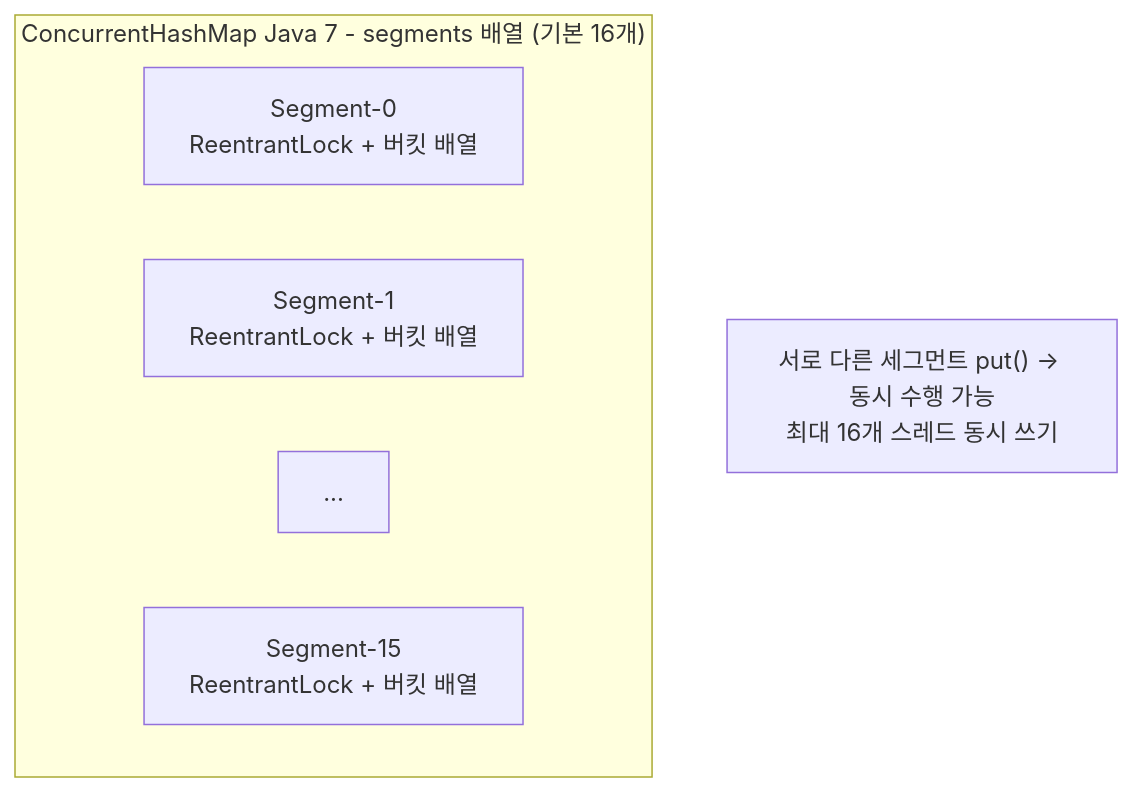
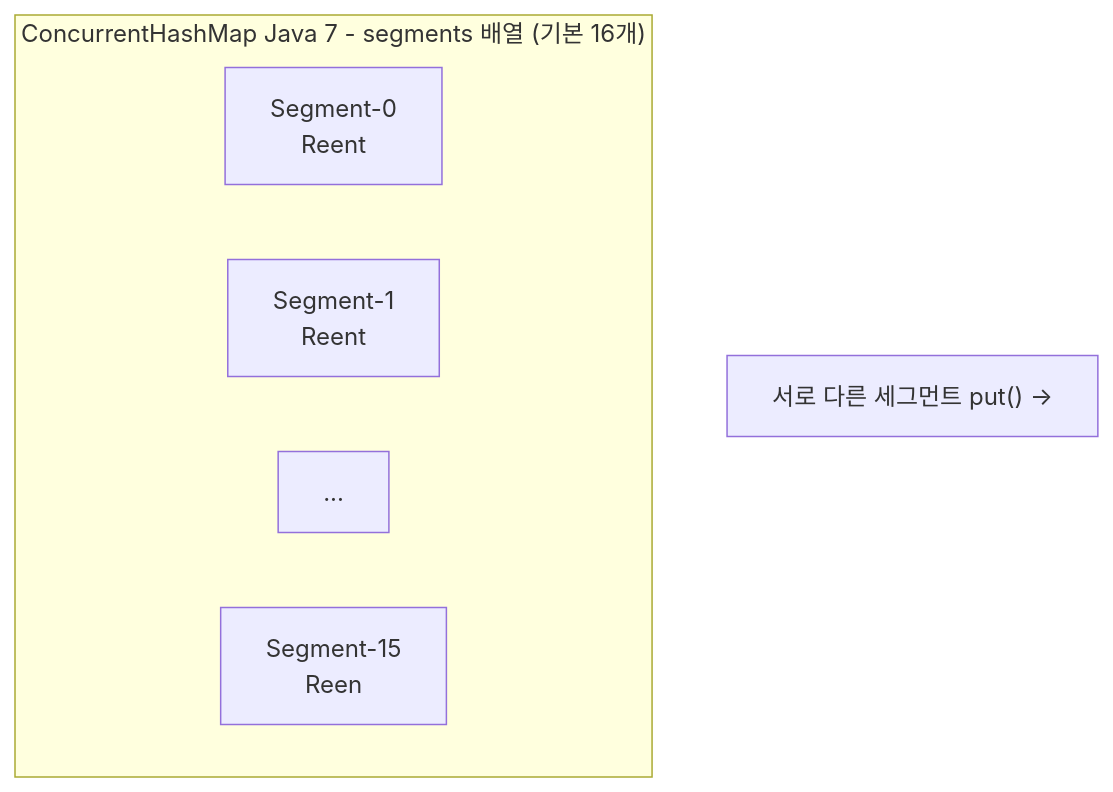
Diagram 14 of 21 in _posts/java/2026-05-01-java-collections.md (yjkim2015/yjkim2015.github.io), drawn with Mermaid before and after one commit. The commit also changed other lines of this file and 271 other files, not shown here.

First line of the commit message:
Mermaid 라벨 축소: 긴 노드 텍스트 18자 이하로 트림 + \n 제거

````diff
--- a/_posts/java/2026-05-01-java-collections.md
+++ b/_posts/java/2026-05-01-java-collections.md
@@ -611,10 +611,10 @@
 ```mermaid
 graph TD
     subgraph "ConcurrentHashMap Java 7 - segments 배열 (기본 16개)"
-        S0["Segment-0<br>ReentrantLock + 버킷 배열"]
-        S1["Segment-1<br>ReentrantLock + 버킷 배열"]
+        S0["Segment-0<br>Reent"]
+        S1["Segment-1<br>Reent"]
         SD["..."]
-        S15["Segment-15<br>ReentrantLock + 버킷 배열"]
+        S15["Segment-15<br>Reen"]
     end
-    NOTE["서로 다른 세그먼트 put() → 동시 수행 가능<br>최대 16개 스레드 동시 쓰기"]
+    NOTE["서로 다른 세그먼트 put() →"]
 ```
````
